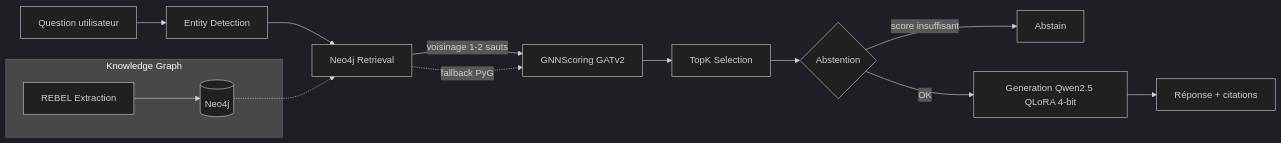
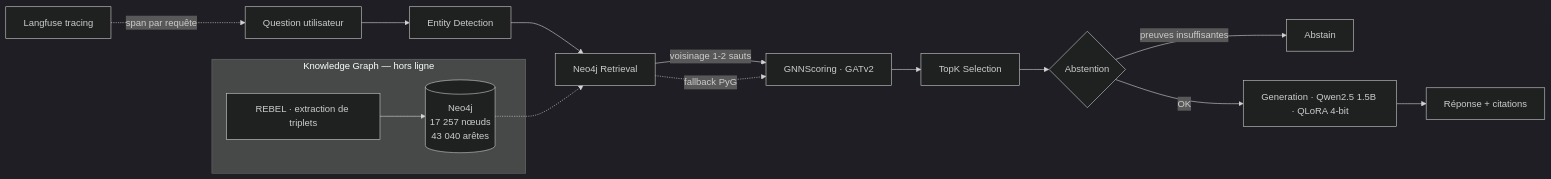
The diagram in README.md (Mohamed-ettaouil12/graphrag-llmops), drawn with Mermaid (dark theme) before and after one commit. The commit also changed other lines of this file and 1 other file, not shown here.

Commit message:
docs: README professionnel (badges CI, roadmap, licence MIT)

````diff
--- a/README.md
+++ b/README.md
@@ -43,17 +67,19 @@
 ```mermaid
 flowchart LR
     Q[Question utilisateur] --> ED[Entity Detection]
     ED --> NR[Neo4j Retrieval]
-    NR -->|voisinage 1-2 sauts| GNN[GNNScoring GATv2]
+    NR -->|voisinage 1-2 sauts| GNN[GNNScoring · GATv2]
     NR -.->|fallback PyG| GNN
     GNN --> TK[TopK Selection]
     TK --> AB{Abstention}
-    AB -->|score insuffisant| ABT[Abstain]
-    AB -->|OK| GEN[Generation Qwen2.5 QLoRA 4-bit]
+    AB -->|preuves insuffisantes| ABT[Abstain]
+    AB -->|OK| GEN[Generation · Qwen2.5 1.5B · QLoRA 4-bit]
     GEN --> R[Réponse + citations]
 
-    subgraph KG["Knowledge Graph"]
-        RE[REBEL Extraction] --> N4[(Neo4j)]
+    subgraph KG["Knowledge Graph — hors ligne"]
+        RE[REBEL · extraction de triplets] --> N4[(Neo4j<br/>17 257 nœuds<br/>43 040 arêtes)]
     end
     N4 -.-> NR
+
+    OBS[Langfuse tracing] -.->|span par requête| Q
 ```
````
